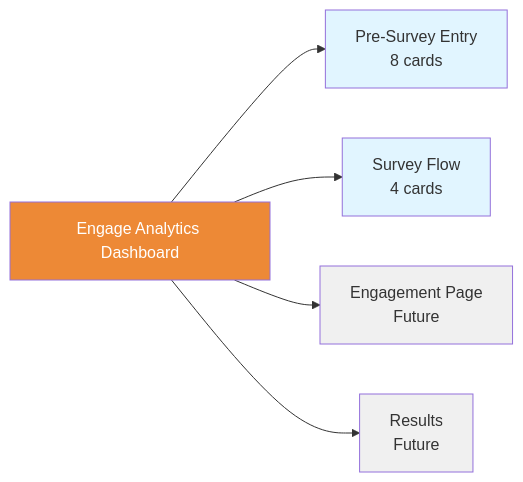
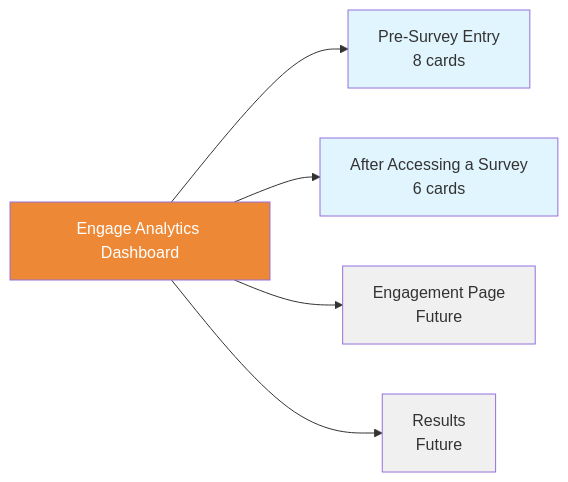
One commit to bcgov/epic-engage changed the sixth of 9 diagrams in docs/Analytics_Metrics_Tracker.md. Above: the diagram before and after it, drawn with Mermaid. The commit also changed other lines of this file, not shown here.

Commit message:
docs: update Analytics Metrics Tracker with Row 16 Survey Completion Time

````diff
--- a/docs/Analytics_Metrics_Tracker.md
+++ b/docs/Analytics_Metrics_Tracker.md
@@ -272,14 +285,14 @@
 ```mermaid
 graph LR
     A[Engage Analytics Dashboard]
     A --> B[Pre-Survey Entry<br/>8 cards]
-    A --> C[Survey Flow<br/>4 cards]
+    A --> C[After Accessing a Survey<br/>6 cards]
     A --> D[Engagement Page<br/>Future]
     A --> E[Results<br/>Future]
     
     style A fill:#ED8936,color:#fff
     style B fill:#e1f5ff
     style C fill:#e1f5ff
     style D fill:#f0f0f0
     style E fill:#f0f0f0
 ```
````
